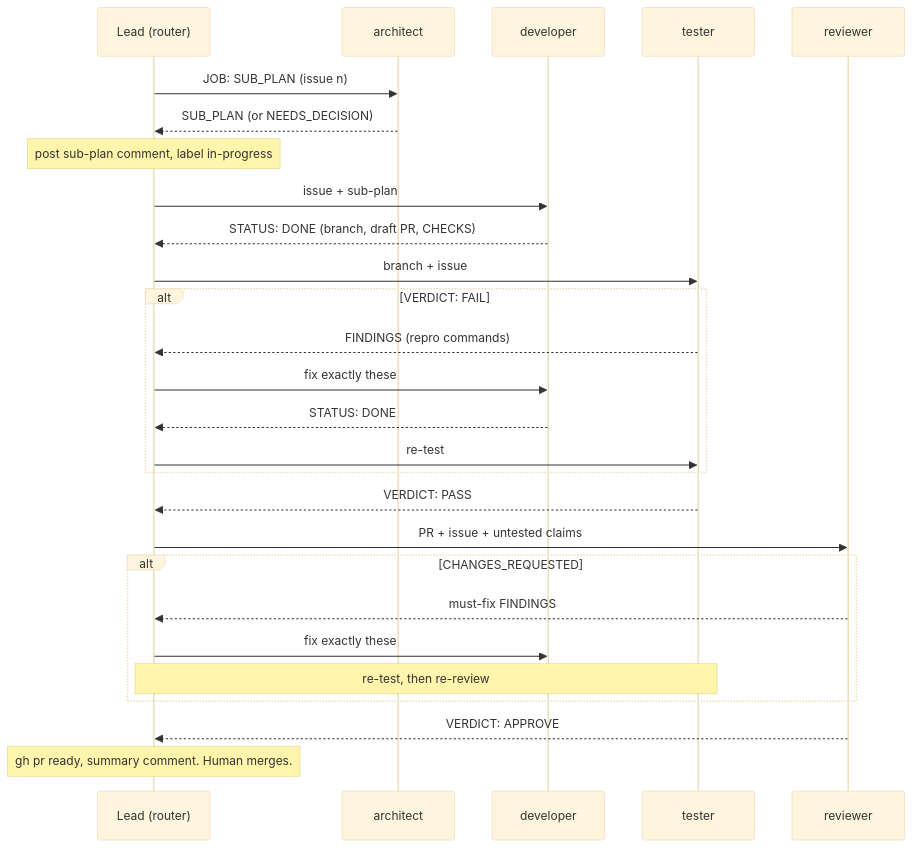
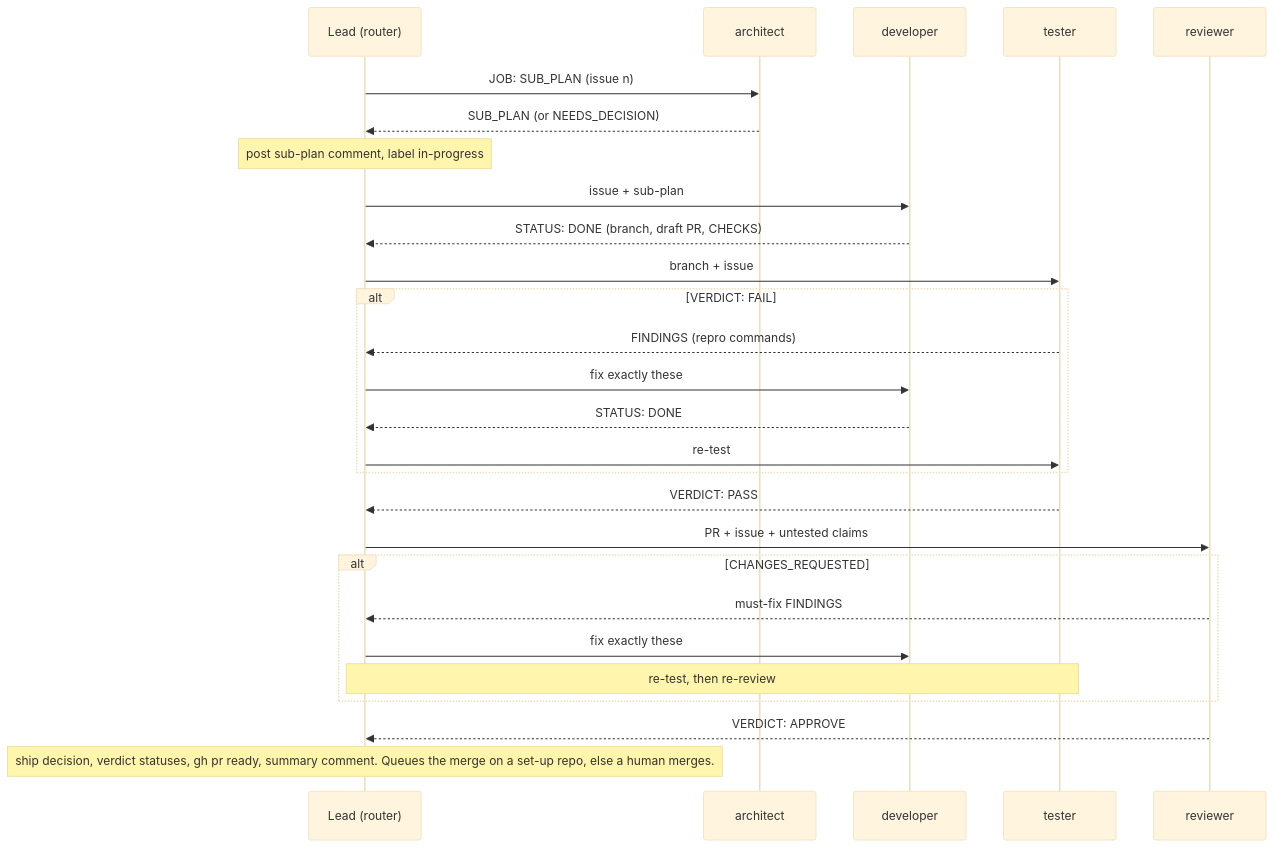
Before and after one commit to sv-tmueller/orchestrai: the second of 2 diagrams in docs/team-architecture.md, drawn with Mermaid (base theme). The commit also changed other lines of this file and 4 other files, not shown here.

First line of the commit message:
feat: record verdict statuses and queue the merge at step 7 (#474)

````diff
--- a/docs/team-architecture.md
+++ b/docs/team-architecture.md
@@ -77,29 +77,29 @@
 ```mermaid
 sequenceDiagram
     participant L as Lead (router)
     participant A as architect
     participant D as developer
     participant T as tester
     participant R as reviewer
     L->>A: JOB: SUB_PLAN (issue n)
     A-->>L: SUB_PLAN (or NEEDS_DECISION)
     Note over L: post sub-plan comment, label in-progress
     L->>D: issue + sub-plan
     D-->>L: STATUS: DONE (branch, draft PR, CHECKS)
     L->>T: branch + issue
     alt VERDICT: FAIL
         T-->>L: FINDINGS (repro commands)
         L->>D: fix exactly these
         D-->>L: STATUS: DONE
         L->>T: re-test
     end
     T-->>L: VERDICT: PASS
     L->>R: PR + issue + untested claims
     alt CHANGES_REQUESTED
         R-->>L: must-fix FINDINGS
         L->>D: fix exactly these
         Note over L,T: re-test, then re-review
     end
     R-->>L: VERDICT: APPROVE
-    Note over L: gh pr ready, summary comment. Human merges.
+    Note over L: ship decision, verdict statuses, gh pr ready, summary comment. Queues the merge on a set-up repo, else a human merges.
 ```
````
